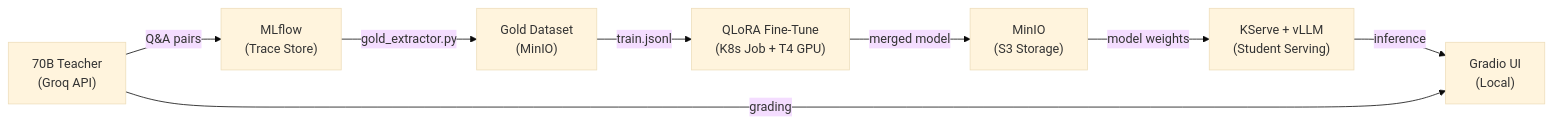
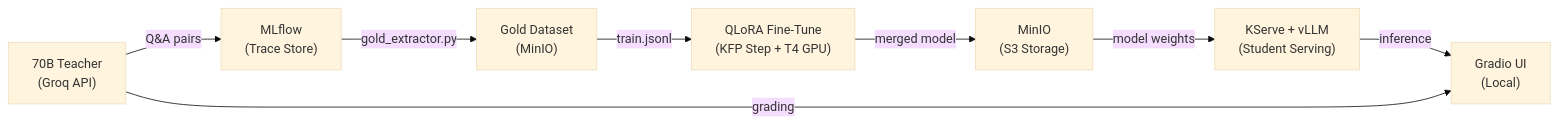
Before and after one commit to Sridhar1030/AgentBuilder: the first of 3 diagrams in docs/architecture.md, drawn with Mermaid (base theme). The commit also changed other lines of this file and 9 other files, not shown here.

First line of the commit message:
Update sprint documentation and architecture diagrams for KFP integration

````diff
--- a/docs/architecture.md
+++ b/docs/architecture.md
@@ -9,10 +9,10 @@
 ```mermaid
 flowchart LR
     Teacher["70B Teacher\n(Groq API)"] -->|Q&A pairs| MLflow["MLflow\n(Trace Store)"]
     MLflow -->|gold_extractor.py| Gold["Gold Dataset\n(MinIO)"]
-    Gold -->|train.jsonl| Finetune["QLoRA Fine-Tune\n(K8s Job + T4 GPU)"]
+    Gold -->|train.jsonl| Finetune["QLoRA Fine-Tune\n(KFP Step + T4 GPU)"]
     Finetune -->|merged model| MinIO["MinIO\n(S3 Storage)"]
     MinIO -->|model weights| KServe["KServe + vLLM\n(Student Serving)"]
     KServe -->|inference| Gradio["Gradio UI\n(Local)"]
     Teacher -->|grading| Gradio
 ```
````
